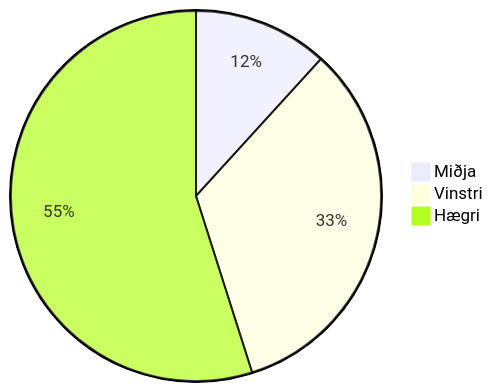
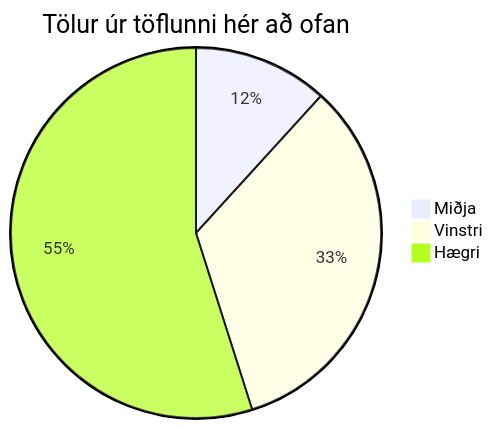
Before and after one commit to lordoffatcats/VESM1KT: the diagram in Verkefni1/README.md, drawn with Mermaid.

````diff
--- a/Verkefni1/README.md
+++ b/Verkefni1/README.md
@@ -32,6 +32,7 @@
 ```mermaid
 pie
+  title Tölur úr töflunni hér að ofan
   "Miðja" : 12
   "Vinstri" : 34
   "Hægri" : 56
 ```
````
